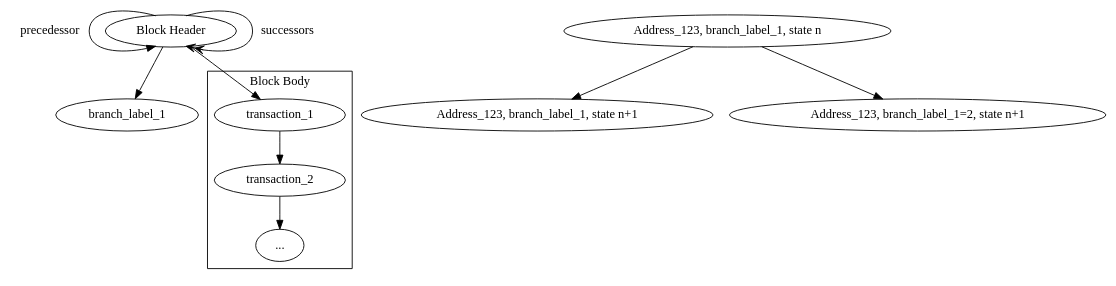
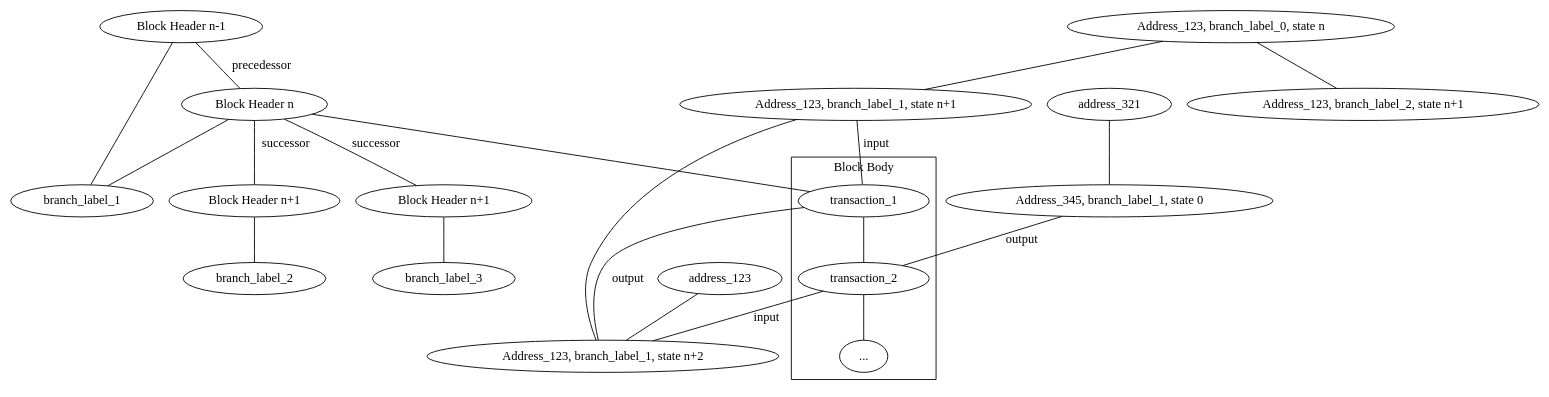
Before and after one commit to mgrand-topl/PlantUML_Sandbox: the diagram in genus_block_data_model.dot, drawn with Graphviz.

Commit message:
maybe complete

```diff
--- a/genus_block_data_model.dot
+++ b/genus_block_data_model.dot
@@ -1,14 +1,25 @@
-digraph g {
+graph g {
   compound=true;
-  "Block Header" [label="Block Header"]
-  "Block Header":nw -> "Block Header":sw [label = "precedessor"];
-  "Block Header":ne -> "Block Header":se [arrowhead = "veevee", label = "successors"]
-  "Block Header" -> branch_label_1
-  "Block Header" -> transaction_1
+  "Block Header n" [label="Block Header n"]
+  "Block Header n-1" -- branch_label_1
+  "Block Header n-1" -- "Block Header n" [label = "precedessor"];
+  "Block Header n" -- "Block Header n+1" [label = "successor"]
+  "Block Header n" -- "Block Header n+1 " [label = "successor"]
+  "Block Header n" -- branch_label_1
+  "Block Header n" -- transaction_1
+  "Block Header n+1" -- branch_label_2
+  "Block Header n+1 " -- branch_label_3
 
   subgraph cluster00 {
     label = "Block Body"
-    transaction_1 -> transaction_2 -> "...";
+    transaction_1 -- transaction_2 -- "...";
   }
-  "Address_123, branch_label_1, state n" ->  {"Address_123, branch_label_1, state n+1" "Address_123, branch_label_1=2, state n+1"}
+  "Address_123, branch_label_0, state n" --  {"Address_123, branch_label_1, state n+1" "Address_123, branch_label_2, state n+1"}
+  "Address_123, branch_label_1, state n+1" -- transaction_1 [label="input"]
+  "Address_123, branch_label_1, state n+1" -- "Address_123, branch_label_1, state n+2"
+  transaction_1 -- "Address_123, branch_label_1, state n+2" [label = "output"]
+  transaction_2 -- "Address_123, branch_label_1, state n+2" [label="input"]
+  address_123 -- "Address_123, branch_label_1, state n+2"
+  "Address_345, branch_label_1, state 0" -- transaction_2 [label="output"]
+  "address_321" -- "Address_345, branch_label_1, state 0"
 }
```
